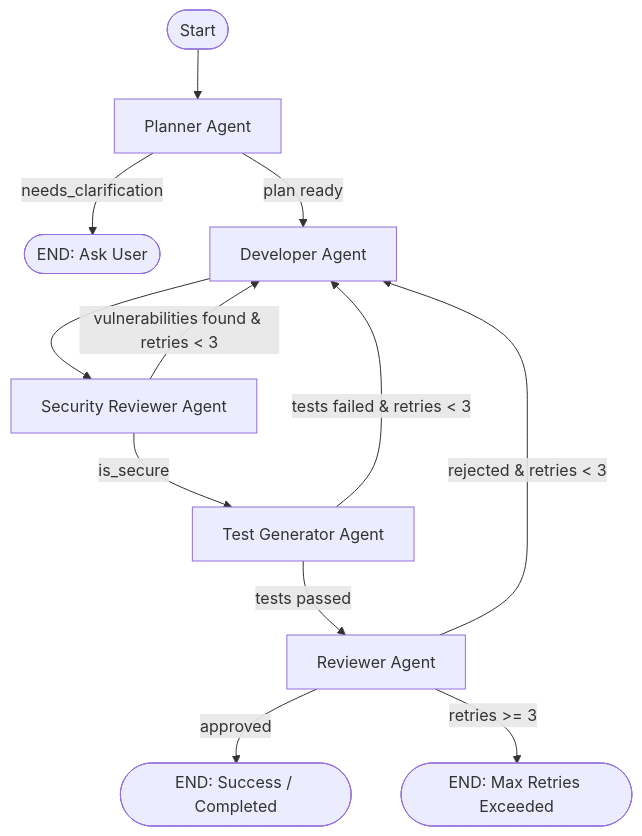
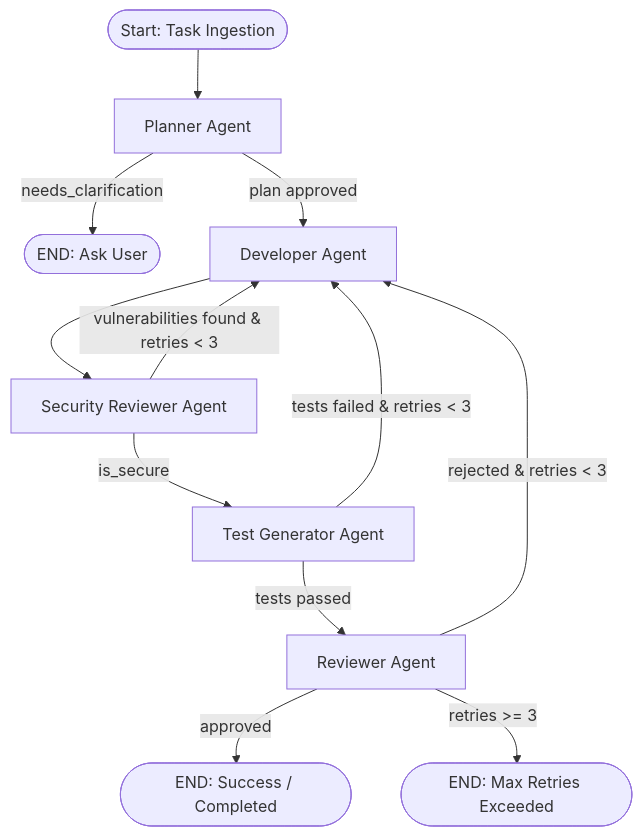
One commit to Adityaa0124/devpilot changed the first of 2 diagrams in README.md. Above: the diagram before and after it, drawn with Mermaid. The commit also changed other lines of this file and 1 other file, not shown here.

Commit message:
docs: Add live Render deployment links and updated architectural showcase to README

````diff
--- a/README.md
+++ b/README.md
@@ -20,14 +43,14 @@
 ```mermaid
 flowchart TD
-    A([Start]) --> B[Planner Agent]
+    A([Start: Task Ingestion]) --> B[Planner Agent]
     B -->|needs_clarification| Z1([END: Ask User])
-    B -->|plan ready| C[Developer Agent]
+    B -->|plan approved| C[Developer Agent]
     C --> D[Security Reviewer Agent]
     D -->|vulnerabilities found & retries < 3| C
     D -->|is_secure| E[Test Generator Agent]
     E -->|tests failed & retries < 3| C
     E -->|tests passed| F[Reviewer Agent]
     F -->|approved| Z2([END: Success / Completed])
     F -->|rejected & retries < 3| C
     F -->|retries >= 3| Z3([END: Max Retries Exceeded])
 ```
````
